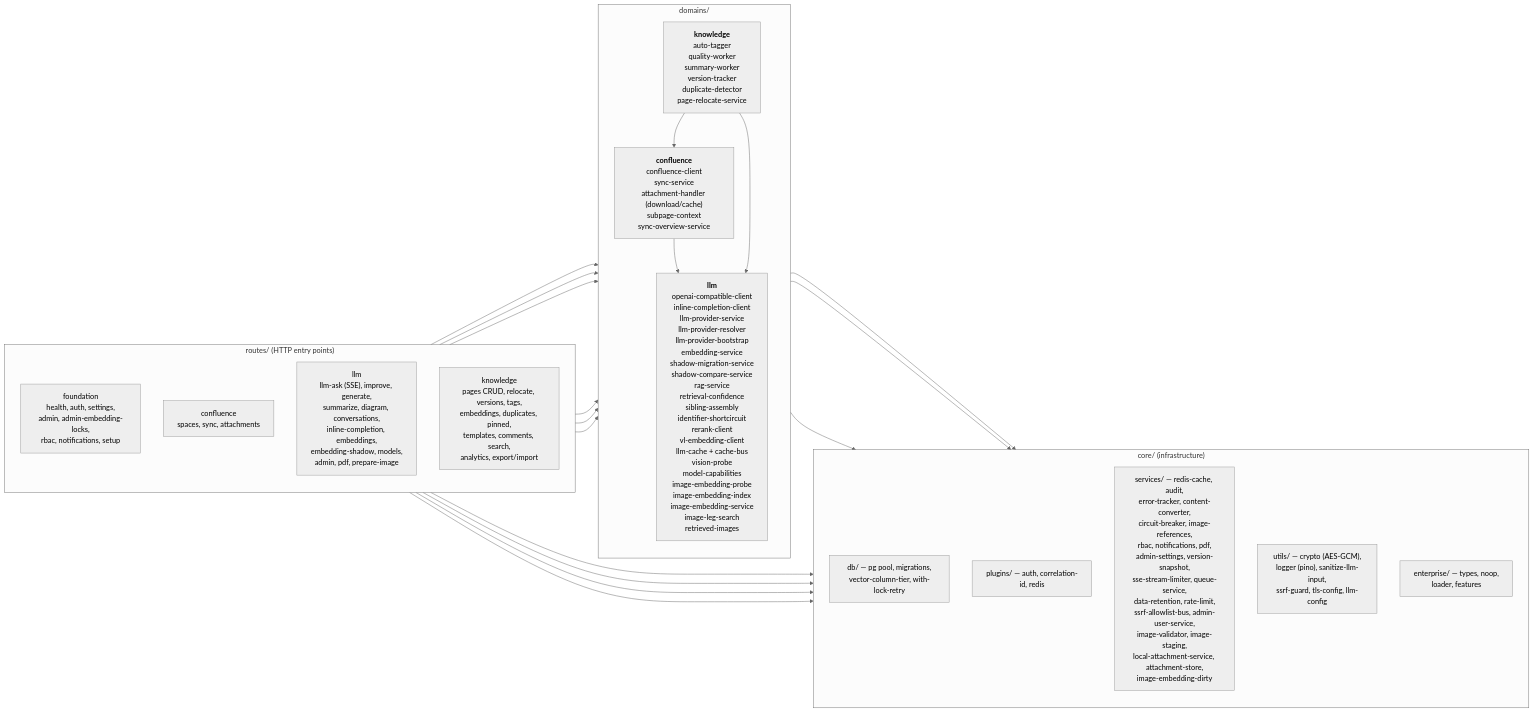
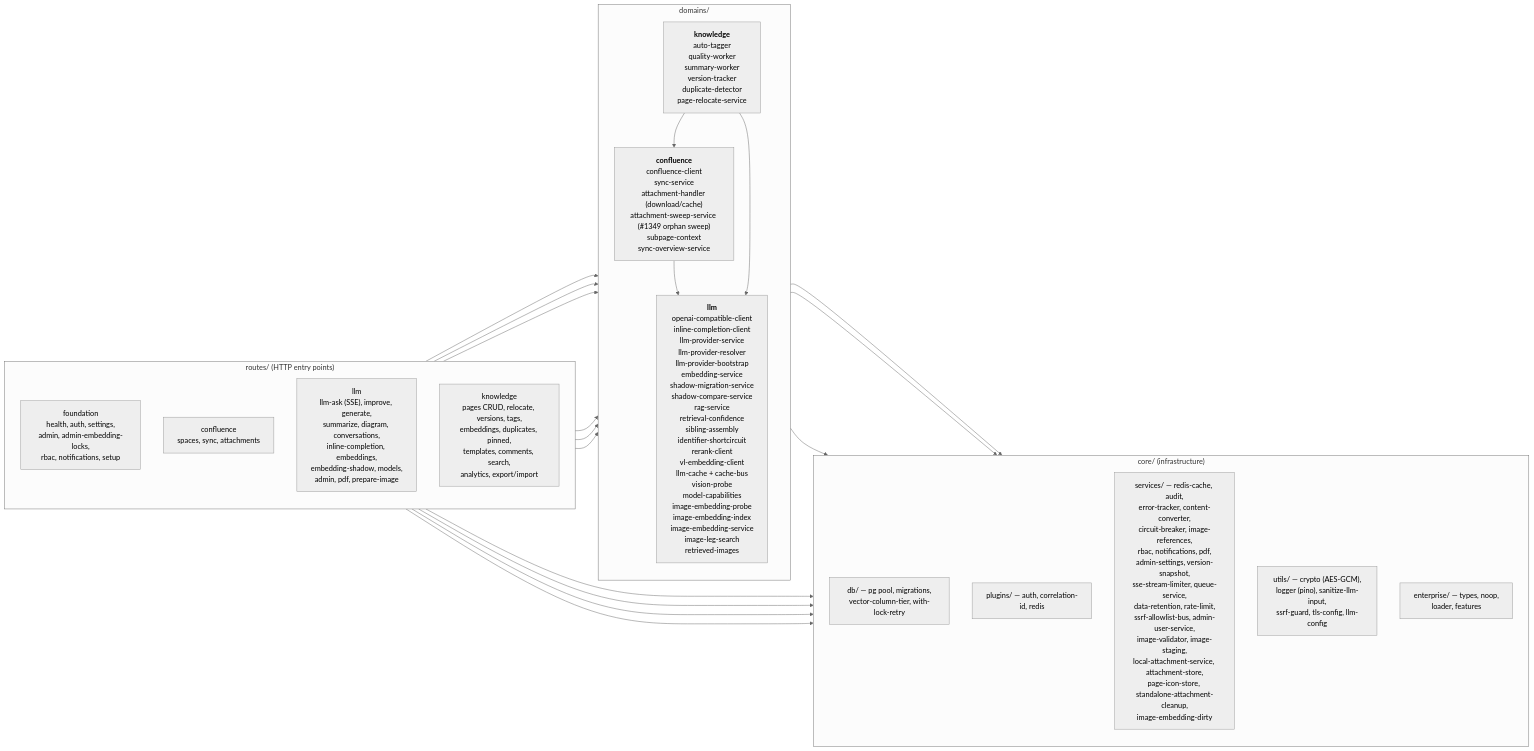
One commit to Compendiq/compendiq-ce changed the first of 3 diagrams in docs/architecture/03-backend-domains.md. Above: the diagram before and after it, drawn with Mermaid (neutral theme). The commit also changed other lines of this file and 37 other files, not shown here.

First line of the commit message:
feat(attachments): storage observability and a dry-run-first orphan sweep that also prunes the image index (#1349) (#1425)

````diff
--- a/docs/architecture/03-backend-domains.md
+++ b/docs/architecture/03-backend-domains.md
@@ -9,44 +9,44 @@
 ```mermaid
 flowchart LR
     subgraph routes["routes/ (HTTP entry points)"]
         direction TB
         rF["foundation<br/>health, auth, settings,<br/>admin, admin-embedding-locks,<br/>rbac, notifications, setup"]
         rC["confluence<br/>spaces, sync, attachments"]
         rL["llm<br/>llm-ask (SSE), improve, generate,<br/>summarize, diagram, conversations,<br/>inline-completion, embeddings,<br/>embedding-shadow, models,<br/>admin, pdf, prepare-image"]
         rK["knowledge<br/>pages CRUD, relocate, versions, tags,<br/>embeddings, duplicates, pinned,<br/>templates, comments, search,<br/>analytics, export/import"]
     end
 
     subgraph domains["domains/"]
         direction TB
-        dC["<b>confluence</b><br/>confluence-client<br/>sync-service<br/>attachment-handler (download/cache)<br/>subpage-context<br/>sync-overview-service"]
+        dC["<b>confluence</b><br/>confluence-client<br/>sync-service<br/>attachment-handler (download/cache)<br/>attachment-sweep-service (#1349 orphan sweep)<br/>subpage-context<br/>sync-overview-service"]
         dL["<b>llm</b><br/>openai-compatible-client<br/>inline-completion-client<br/>llm-provider-service<br/>llm-provider-resolver<br/>llm-provider-bootstrap<br/>embedding-service<br/>shadow-migration-service<br/>shadow-compare-service<br/>rag-service<br/>retrieval-confidence<br/>sibling-assembly<br/>identifier-shortcircuit<br/>rerank-client<br/>vl-embedding-client<br/>llm-cache + cache-bus<br/>vision-probe<br/>model-capabilities<br/>image-embedding-probe<br/>image-embedding-index<br/>image-embedding-service<br/>image-leg-search<br/>retrieved-images"]
         dK["<b>knowledge</b><br/>auto-tagger<br/>quality-worker<br/>summary-worker<br/>version-tracker<br/>duplicate-detector<br/>page-relocate-service"]
     end
 
     subgraph core["core/ (infrastructure)"]
         direction TB
         cDB["db/ — pg pool, migrations,<br/>vector-column-tier, with-lock-retry"]
         cPlug["plugins/ — auth, correlation-id, redis"]
-        cSvc["services/ — redis-cache, audit,<br/>error-tracker, content-converter,<br/>circuit-breaker, image-references,<br/>rbac, notifications, pdf,<br/>admin-settings, version-snapshot,<br/>sse-stream-limiter, queue-service,<br/>data-retention, rate-limit,<br/>ssrf-allowlist-bus, admin-user-service,<br/>image-validator, image-staging,<br/>local-attachment-service, attachment-store,<br/>image-embedding-dirty"]
+        cSvc["services/ — redis-cache, audit,<br/>error-tracker, content-converter,<br/>circuit-breaker, image-references,<br/>rbac, notifications, pdf,<br/>admin-settings, version-snapshot,<br/>sse-stream-limiter, queue-service,<br/>data-retention, rate-limit,<br/>ssrf-allowlist-bus, admin-user-service,<br/>image-validator, image-staging,<br/>local-attachment-service, attachment-store,<br/>page-icon-store, standalone-attachment-cleanup,<br/>image-embedding-dirty"]
         cUtil["utils/ — crypto (AES-GCM),<br/>logger (pino), sanitize-llm-input,<br/>ssrf-guard, tls-config, llm-config"]
         cEnt["enterprise/ — types, noop,<br/>loader, features"]
     end
 
     rF --> core
     rC --> core
     rC --> dC
     rL --> core
     rL --> dL
     rL --> dC
     rK --> core
     rK --> dK
     rK --> dL
     rK --> dC
 
     dC --> core
     dC --> dL
     dL --> core
     dK --> core
     dK --> dL
     dK --> dC
 ```
````
